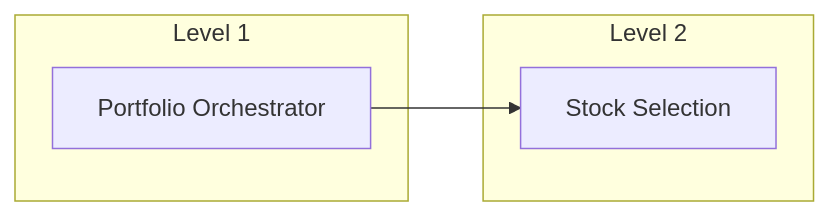
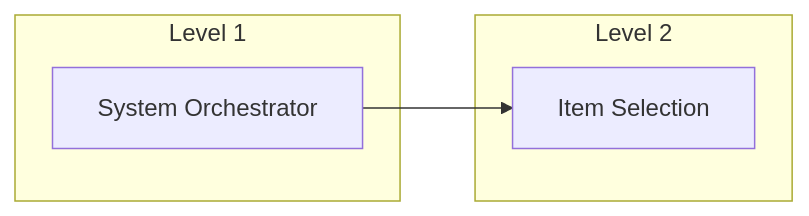
One commit to vladm3105/aidoc-flow-framework changed the fifth of 6 diagrams in .claude/skills/charts-flow/SKILL.md. Above: the diagram before and after it, drawn with Mermaid. The commit also changed other lines of this file and 16 other files, not shown here.

First line of the commit message:
refactor(charts-flow): generalize docs from trading to system architecture

````diff
--- a/.claude/skills/charts-flow/SKILL.md
+++ b/.claude/skills/charts-flow/SKILL.md
@@ -242,10 +242,10 @@
 ```mermaid
 graph LR
     subgraph "Level 1"
-        PO[Portfolio Orchestrator]
+        SO[System Orchestrator]
     end
     subgraph "Level 2"
-        SS[Stock Selection]
+        IS[Item Selection]
     end
-    PO --> SS
+    SO --> IS
 ```
````
